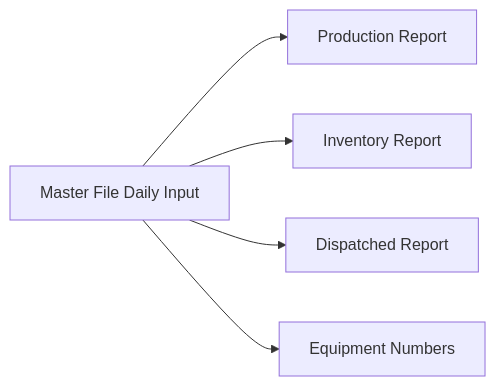
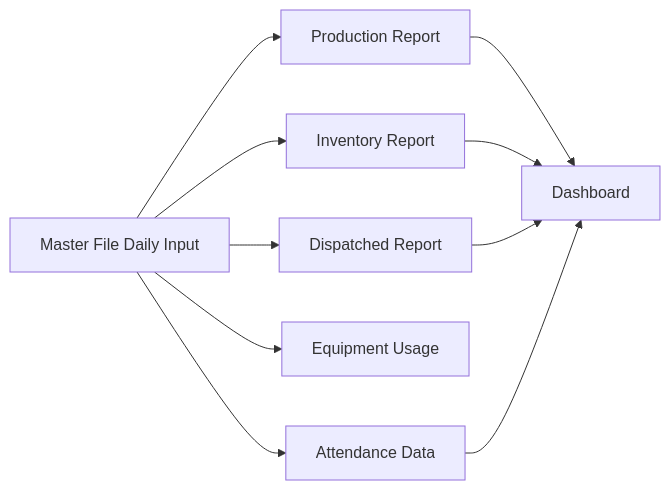
Before and after one commit to silentmot/excel: the second of 2 diagrams in .github/prompts/Excel_Data_Analysis.prompt.md, drawn with Mermaid. The commit also changed other lines of this file and 15 other files, not shown here.

First line of the commit message:
feat(database): Add initial schema and documentation for Alasela CDW Recycling Facility

````diff
--- a/.github/prompts/Excel_Data_Analysis.prompt.md
+++ b/.github/prompts/Excel_Data_Analysis.prompt.md
@@ -109,7 +108,12 @@
 ```mermaid
 graph LR
     A[Master File Daily Input] --> B[Production Report]
     A --> C[Inventory Report]
     A --> D[Dispatched Report]
-    A --> E[Equipment Numbers]
+    A --> E[Equipment Usage]
+    A --> F[Attendance Data]
+    B --> G[Dashboard]
+    C --> G[Dashboard]
+    D --> G[Dashboard]
+    F --> G[Dashboard]
 ```
````
